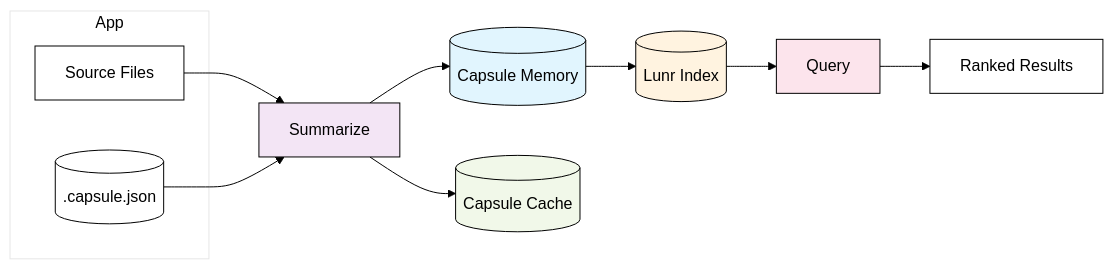
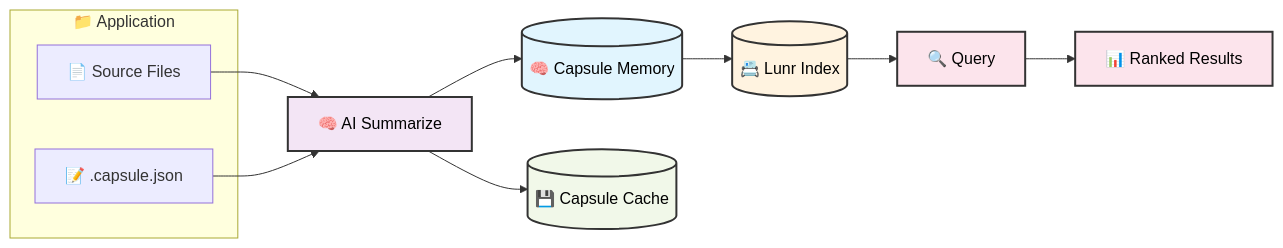
One commit to atifshafi/workspace-mcp changed the fourth of 4 diagrams in WORKFLOW_AND_TOOLS.md. Above: the diagram before and after it, drawn with Mermaid. The commit also changed other lines of this file and 1 other file, not shown here.

First line of the commit message:
🔧 Fix Mermaid diagrams for GitHub compatibility

````diff
--- a/WORKFLOW_AND_TOOLS.md
+++ b/WORKFLOW_AND_TOOLS.md
@@ -178,21 +186,27 @@
 ```mermaid
-%%{init: {"theme": "base", "themeVariables": {"primaryColor": "#ffffff", "primaryTextColor": "#000000", "primaryBorderColor": "#000000", "lineColor": "#000000", "background": "#ffffff"}} }%%
-graph LR
-  subgraph App
-    SRC[Source Files]
-    META[(.capsule.json)]
-  end
-  SRC --> GEN[Summarize]
-  META --> GEN
-  GEN --> MEM[(Capsule Memory)]
-  GEN --> DISK[(Capsule Cache)]
-  MEM --> LUNR[(Lunr Index)]
-  LUNR --> QRY[Query]
-  QRY --> RES[Ranked Results]
+flowchart LR
+    subgraph App ["📁 Application"]
+        SRC["📄 Source Files"]
+        META["📝 .capsule.json"]
+    end
+    
+    SRC --> GEN["🧠 AI Summarize"]
+    META --> GEN
+    GEN --> MEM[("🧠 Capsule Memory")]
+    GEN --> DISK[("💾 Capsule Cache")]
+    MEM --> LUNR[("📇 Lunr Index")]
+    LUNR --> QRY["🔍 Query"]
+    QRY --> RES["📊 Ranked Results"]
 
-  style GEN fill:#f3e5f5,color:#000,stroke:#000
-  style MEM fill:#e1f5fe,color:#000,stroke:#000
-  style DISK fill:#f1f8e9,color:#000,stroke:#000
-  style LUNR fill:#fff3e0,color:#000,stroke:#000
-  style QRY fill:#fce4ec,color:#000,stroke:#000
+    classDef generator fill:#f3e5f5,stroke:#333,stroke-width:2px,color:#000
+    classDef memory fill:#e1f5fe,stroke:#333,stroke-width:2px,color:#000
+    classDef storage fill:#f1f8e9,stroke:#333,stroke-width:2px,color:#000
+    classDef search fill:#fff3e0,stroke:#333,stroke-width:2px,color:#000
+    classDef query fill:#fce4ec,stroke:#333,stroke-width:2px,color:#000
+
+    class GEN generator
+    class MEM memory
+    class DISK storage
+    class LUNR search
+    class QRY,RES query
 ```
````
